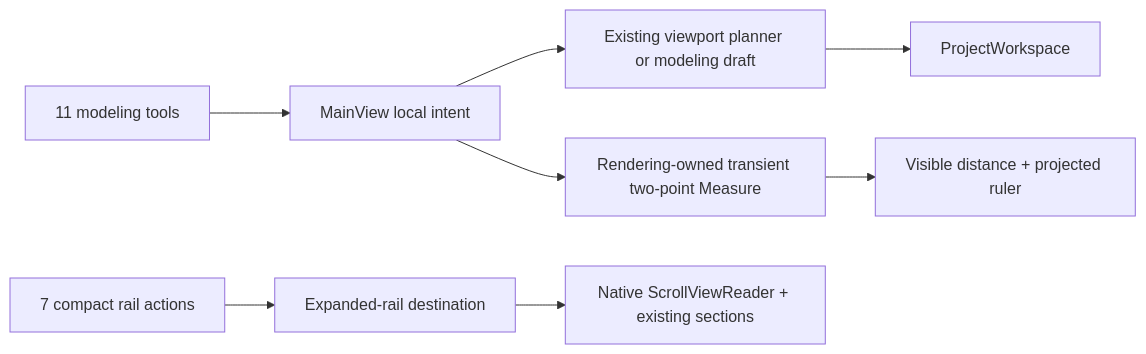
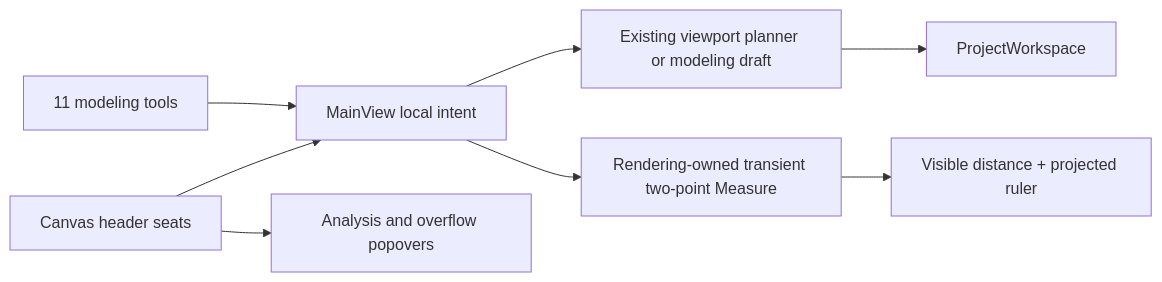
Before and after one commit to 1amageek/Rupa: the third of 3 diagrams in RupaKit/Sources/RupaUI/DESIGN.md, drawn with Mermaid. The commit also changed other lines of this file and 25 other files, not shown here.

````diff
--- a/RupaKit/Sources/RupaUI/DESIGN.md
+++ b/RupaKit/Sources/RupaUI/DESIGN.md
@@ -102,10 +102,10 @@
 ```mermaid
 flowchart LR
     Palette["11 modeling tools"] --> Intent["MainView local intent"]
     Intent --> Planner["Existing viewport planner or modeling draft"]
     Planner --> Workspace["ProjectWorkspace"]
     Intent --> Measure["Rendering-owned transient two-point Measure"]
     Measure --> Status["Visible distance + projected ruler"]
-    Compact["7 compact rail actions"] --> Destination["Expanded-rail destination"]
-    Destination --> Rail["Native ScrollViewReader + existing sections"]
+    Header["Canvas header seats"] --> Intent
+    Header --> Panel["Analysis and overflow popovers"]
 ```
````
